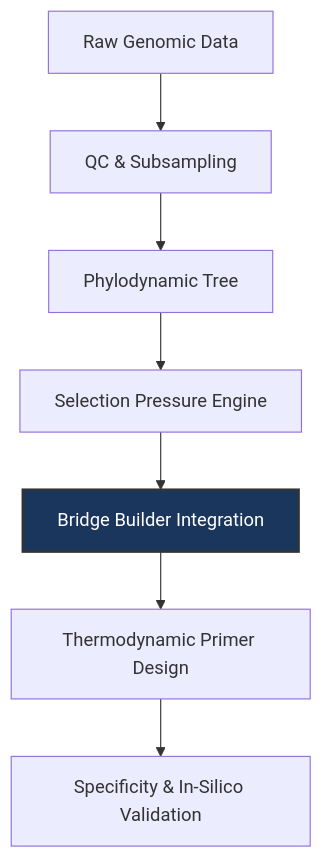
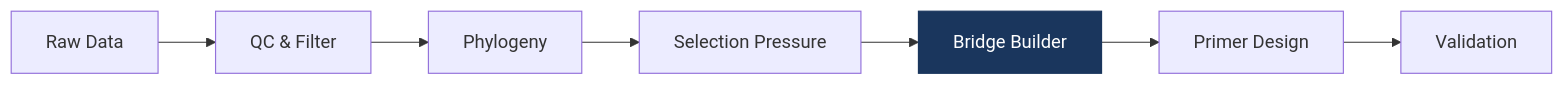
The diagram in docs/introduction.md (lab-biotek-bio-ugm/pandemic_prep_idn), drawn with Mermaid before and after one commit. The commit also changed 1 other file, not shown here.

Commit message:
docs: convert vertical mermaid diagrams to clean horizontal layout

````diff
--- a/docs/introduction.md
+++ b/docs/introduction.md
@@ -11,10 +11,10 @@
 ```mermaid
-graph TD
-    A[Raw Genomic Data] --> B[QC & Subsampling]
-    B --> C[Phylodynamic Tree]
-    C --> D[Selection Pressure Engine]
-    D --> E[Bridge Builder Integration]
-    E --> F[Thermodynamic Primer Design]
-    F --> G[Specificity & In-Silico Validation]
-    style E fill:#1a365d,stroke:#333,stroke-width:2px,color:#fff
+flowchart LR
+    A[Raw Data] --> B[QC & Filter]
+    B --> C[Phylogeny]
+    C --> D[Selection Pressure]
+    D --> E[Bridge Builder]
+    E --> F[Primer Design]
+    F --> G[Validation]
+    style E fill:#1a365d,stroke:#1a365d,stroke-width:1px,color:#fff
 ```
````
